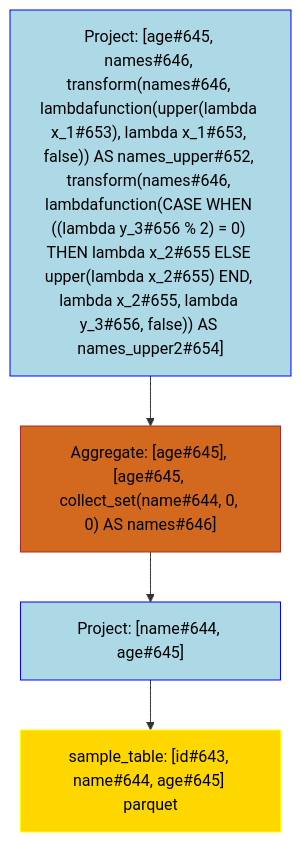
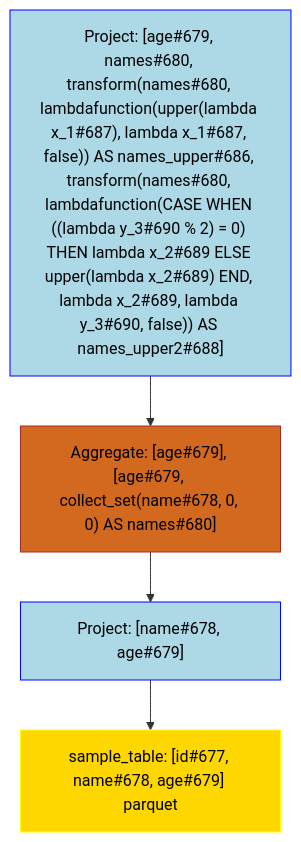
The diagram in data/visualization/transform.mmd (NielkNetraam/explainalyzed), drawn with Mermaid before and after one commit. The commit also changed 61 other files, not shown here.

```diff
--- a/data/visualization/transform.mmd
+++ b/data/visualization/transform.mmd
@@ -1,17 +1,17 @@
 flowchart TD
     classDef PROJECT stroke:Blue,fill:LightBlue,color:black
     classDef FILTER stroke:Green,fill:LightGreen,color:black
     classDef UNION stroke:Purple,fill:Violet,color:black
     classDef JOIN stroke:DarkOrange,fill:Orange,color:black
     classDef RELATION stroke:Yellow,fill:Gold,color:black
     classDef AGGREGATE stroke:Brown,fill:Chocolate,color:black
     classDef WINDOW stroke:Aqua,fill:Cyan,color:black
 
-    Project#00001["Project: [age#645, names#646, transform(names#646, lambdafunction(upper(lambda x_1#653), lambda x_1#653, false)) AS names_upper#652, transform(names#646, lambdafunction(CASE WHEN ((lambda y_3#656 % 2) = 0) THEN lambda x_2#655 ELSE upper(lambda x_2#655) END, lambda x_2#655, lambda y_3#656, false)) AS names_upper2#654]"]:::PROJECT
-    Aggregate#00002["Aggregate: [age#645], [age#645, collect_set(name#644, 0, 0) AS names#646]"]:::AGGREGATE
-    Project#00003["Project: [name#644, age#645]"]:::PROJECT
-    Relation#00004["sample_table: [id#643, name#644, age#645] parquet"]:::RELATION
+    Project#00001["Project: [age#679, names#680, transform(names#680, lambdafunction(upper(lambda x_1#687), lambda x_1#687, false)) AS names_upper#686, transform(names#680, lambdafunction(CASE WHEN ((lambda y_3#690 % 2) = 0) THEN lambda x_2#689 ELSE upper(lambda x_2#689) END, lambda x_2#689, lambda y_3#690, false)) AS names_upper2#688]"]:::PROJECT
+    Aggregate#00002["Aggregate: [age#679], [age#679, collect_set(name#678, 0, 0) AS names#680]"]:::AGGREGATE
+    Project#00003["Project: [name#678, age#679]"]:::PROJECT
+    Relation#00004["sample_table: [id#677, name#678, age#679] parquet"]:::RELATION
 
     Project#00001 --> Aggregate#00002
         Aggregate#00002 --> Project#00003
             Project#00003 --> Relation#00004
```
